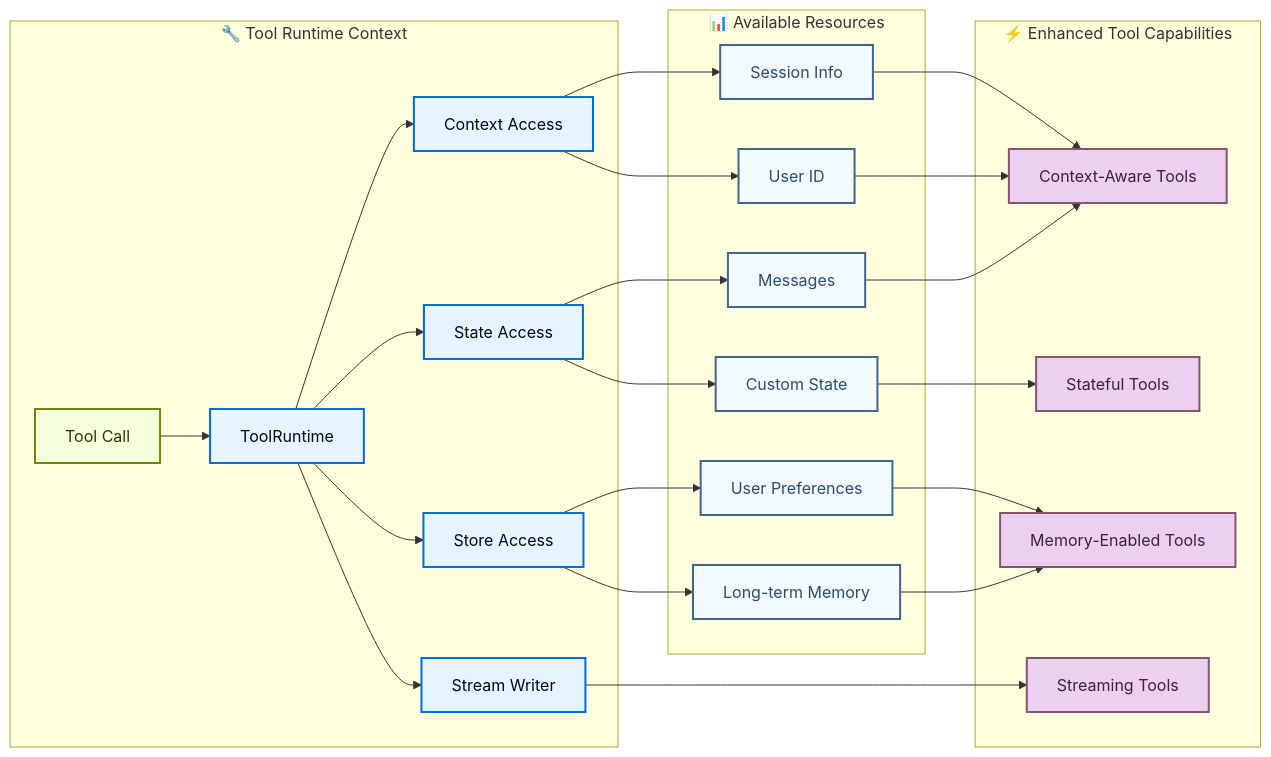
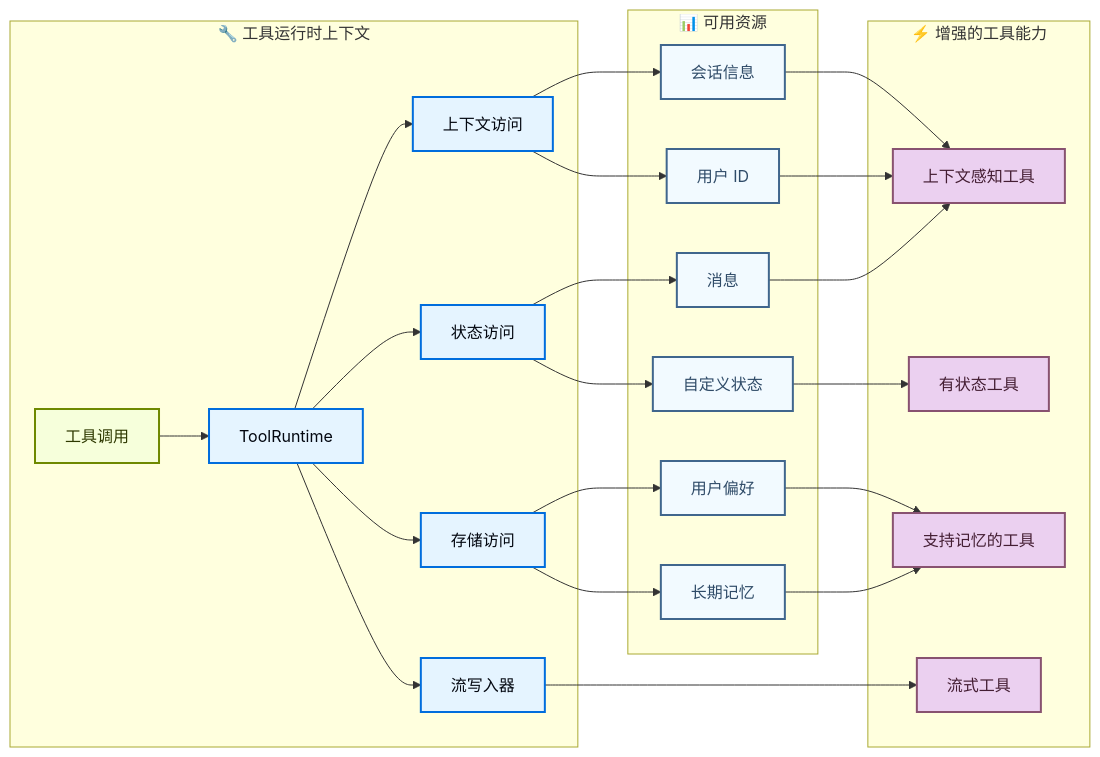
One commit to kunfan96/cndocs-langchain changed the diagram in oss/python/langchain/tools.mdx. Above: the diagram before and after it, drawn with Mermaid. The commit also changed other lines of this file and 2498 other files, not shown here.

````diff
--- a/oss/python/langchain/tools.mdx
+++ b/oss/python/langchain/tools.mdx
@@ -162,48 +162,48 @@
 ```mermaid
 graph LR
-    %% Runtime Context
-    subgraph "🔧 Tool Runtime Context"
-        A[Tool Call] --> B[ToolRuntime]
-        B --> C[State Access]
-        B --> D[Context Access]
-        B --> E[Store Access]
-        B --> F[Stream Writer]
+    %% 运行时上下文
+    subgraph "🔧 工具运行时上下文"
+        A[工具调用] --> B[ToolRuntime]
+        B --> C[状态访问]
+        B --> D[上下文访问]
+        B --> E[存储访问]
+        B --> F[流写入器]
     end
 
-    %% Available Resources
-    subgraph "📊 Available Resources"
-        C --> G[Messages]
-        C --> H[Custom State]
-        D --> I[User ID]
-        D --> J[Session Info]
-        E --> K[Long-term Memory]
-        E --> L[User Preferences]
+    %% 可用资源
+    subgraph "📊 可用资源"
+        C --> G[消息]
+        C --> H[自定义状态]
+        D --> I[用户 ID]
+        D --> J[会话信息]
+        E --> K[长期记忆]
+        E --> L[用户偏好]
     end
 
-    %% Tool Capabilities
-    subgraph "⚡ Enhanced Tool Capabilities"
-        M[Context-Aware Tools]
-        N[Stateful Tools]
-        O[Memory-Enabled Tools]
-        P[Streaming Tools]
+    %% 工具能力
+    subgraph "⚡ 增强的工具能力"
+        M[上下文感知工具]
+        N[有状态工具]
+        O[支持记忆的工具]
+        P[流式工具]
     end
 
-    %% Connections
+    %% 连接
     G --> M
     H --> N
     I --> M
     J --> M
     K --> O
     L --> O
     F --> P
 
     classDef trigger fill:#F6FFDB,stroke:#6E8900,stroke-width:2px,color:#2E3900
     classDef process fill:#E5F4FF,stroke:#006DDD,stroke-width:2px,color:#030710
     classDef output fill:#EBD0F0,stroke:#885270,stroke-width:2px,color:#441E33
     classDef neutral fill:#F2FAFF,stroke:#40668D,stroke-width:2px,color:#2F4B68
 
     class A trigger
     class B,C,D,E,F process
     class G,H,I,J,K,L neutral
     class M,N,O,P output
 ```
````
